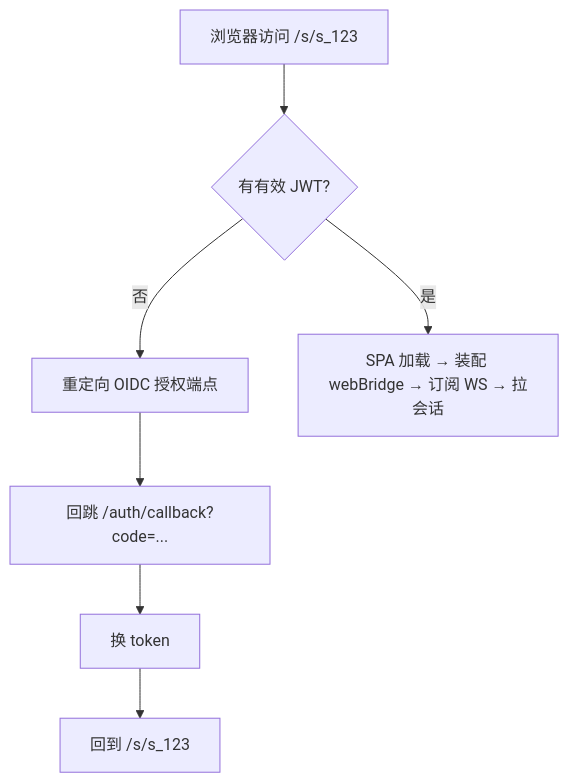
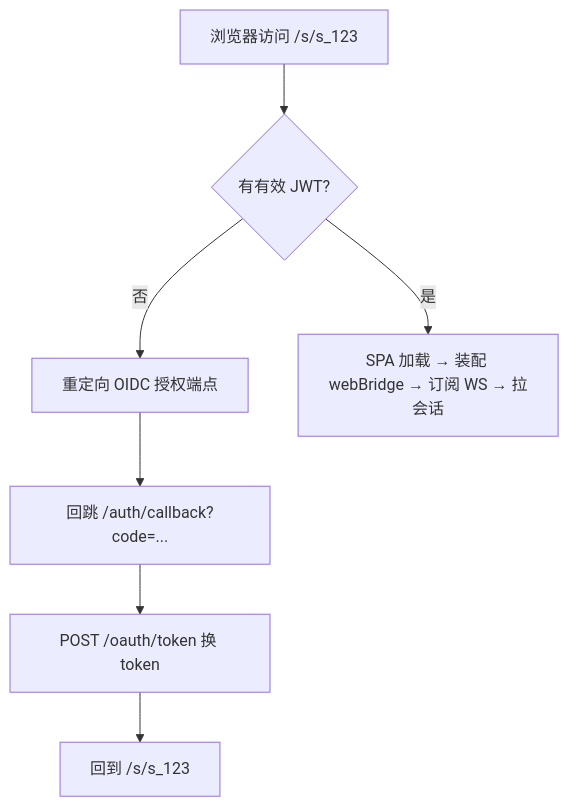
Before and after one commit to edward-ng-duke/LobsterAI: the fifth of 6 diagrams in 改造计划/03-前端与传输层改造.md, drawn with Mermaid. The commit also changed other lines of this file and 27 other files, not shown here.

````diff
--- a/改造计划/03-前端与传输层改造.md
+++ b/改造计划/03-前端与传输层改造.md
@@ -563,6 +600,6 @@
 ```mermaid
 flowchart TD
   U[浏览器访问 /s/s_123] --> G{有有效 JWT?}
-  G -- 否 --> L[重定向 OIDC 授权端点] --> CB[回跳 /auth/callback?code=...] --> EX[换 token] --> R[回到 /s/s_123]
+  G -- 否 --> L[重定向 OIDC 授权端点] --> CB[回跳 /auth/callback?code=...] --> EX[POST /oauth/token 换 token] --> R[回到 /s/s_123]
   G -- 是 --> APP[SPA 加载 → 装配 webBridge → 订阅 WS → 拉会话]
 ```
````
